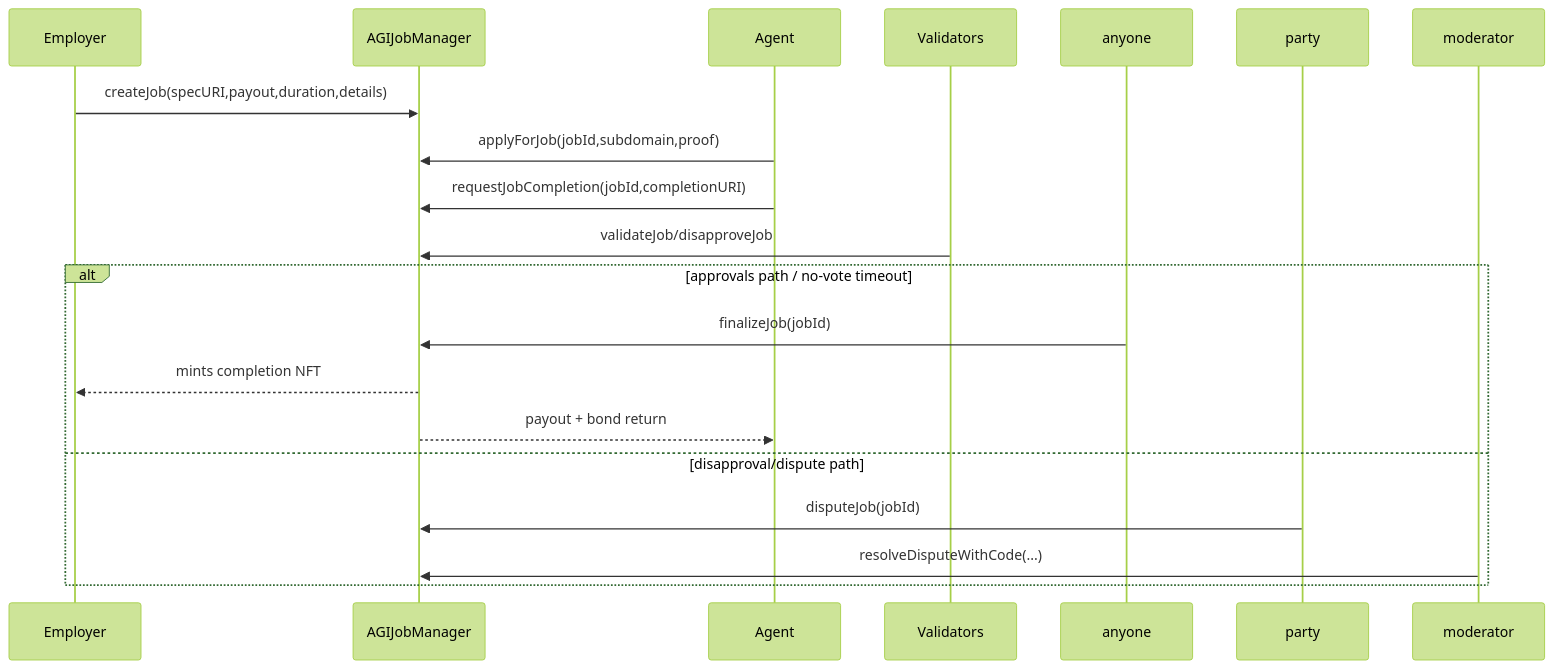
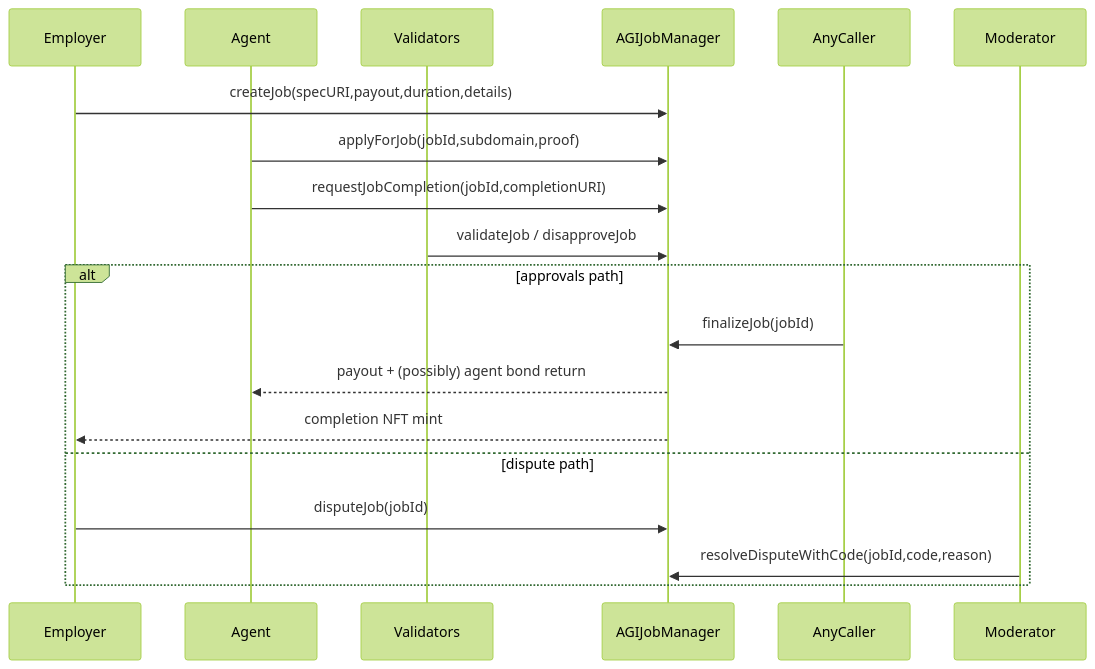
One commit to MontrealAI/AGIJobManager changed the second of 3 diagrams in docs/CONTRACTS_OVERVIEW.md. Above: the diagram before and after it, drawn with Mermaid (forest theme). The commit also changed other lines of this file and 14 other files, not shown here.

````diff
--- a/docs/CONTRACTS_OVERVIEW.md
+++ b/docs/CONTRACTS_OVERVIEW.md
@@ -10,20 +43,20 @@
 ```mermaid
 sequenceDiagram
-    participant E as Employer
-    participant C as AGIJobManager
-    participant A as Agent
-    participant V as Validators
+  participant Employer
+  participant Agent
+  participant Validators
+  participant Contract as AGIJobManager
 
-    E->>C: createJob(specURI,payout,duration,details)
-    A->>C: applyForJob(jobId,subdomain,proof)
-    A->>C: requestJobCompletion(jobId,completionURI)
-    V->>C: validateJob/disapproveJob
-    alt approvals path / no-vote timeout
-      anyone->>C: finalizeJob(jobId)
-      C-->>E: mints completion NFT
-      C-->>A: payout + bond return
-    else disapproval/dispute path
-      party->>C: disputeJob(jobId)
-      moderator->>C: resolveDisputeWithCode(...)
-    end
+  Employer->>Contract: createJob(specURI,payout,duration,details)
+  Agent->>Contract: applyForJob(jobId,subdomain,proof)
+  Agent->>Contract: requestJobCompletion(jobId,completionURI)
+  Validators->>Contract: validateJob / disapproveJob
+  alt approvals path
+    AnyCaller->>Contract: finalizeJob(jobId)
+    Contract-->>Agent: payout + (possibly) agent bond return
+    Contract-->>Employer: completion NFT mint
+  else dispute path
+    Employer->>Contract: disputeJob(jobId)
+    Moderator->>Contract: resolveDisputeWithCode(jobId,code,reason)
+  end
 ```
````
